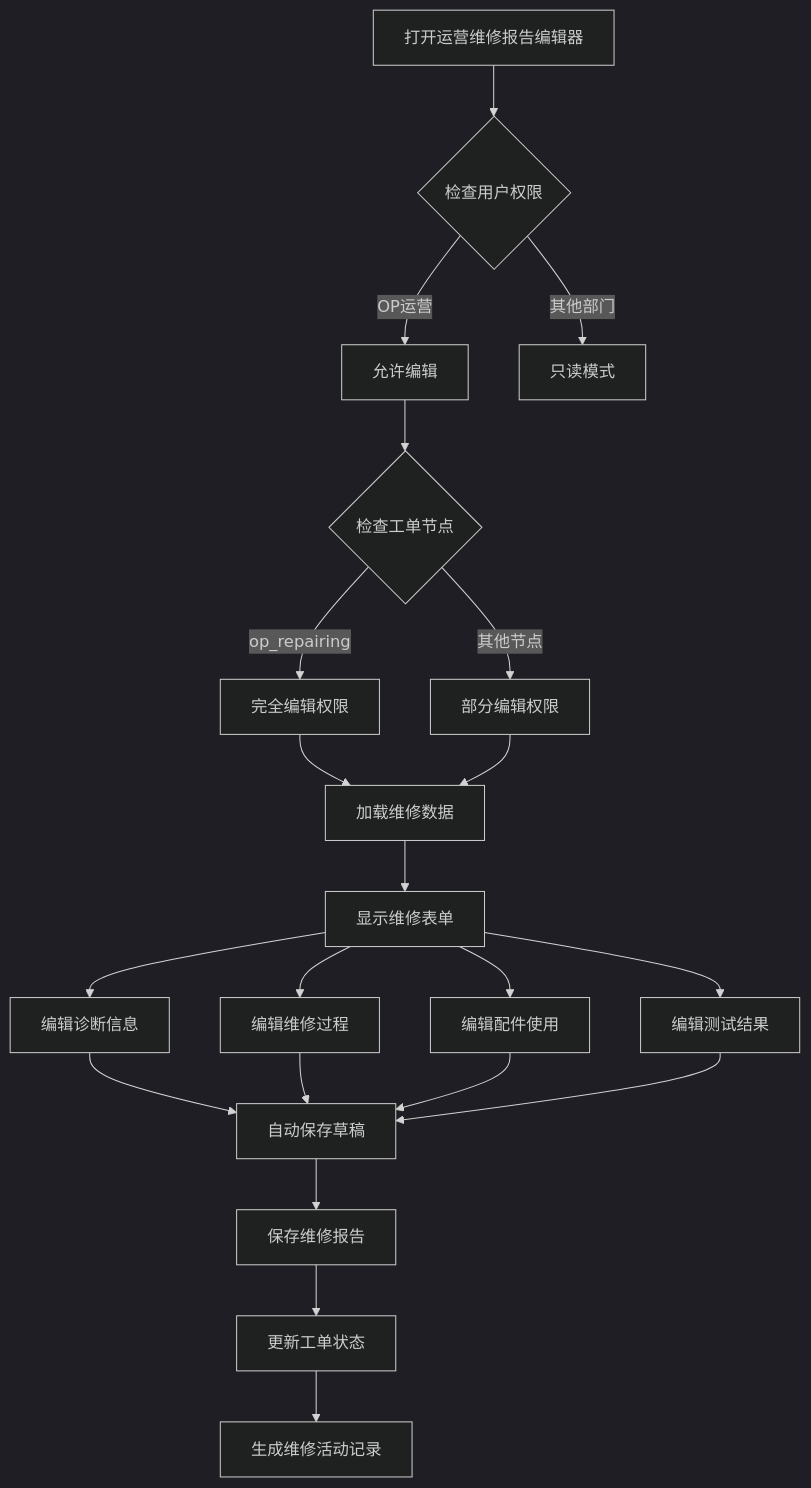
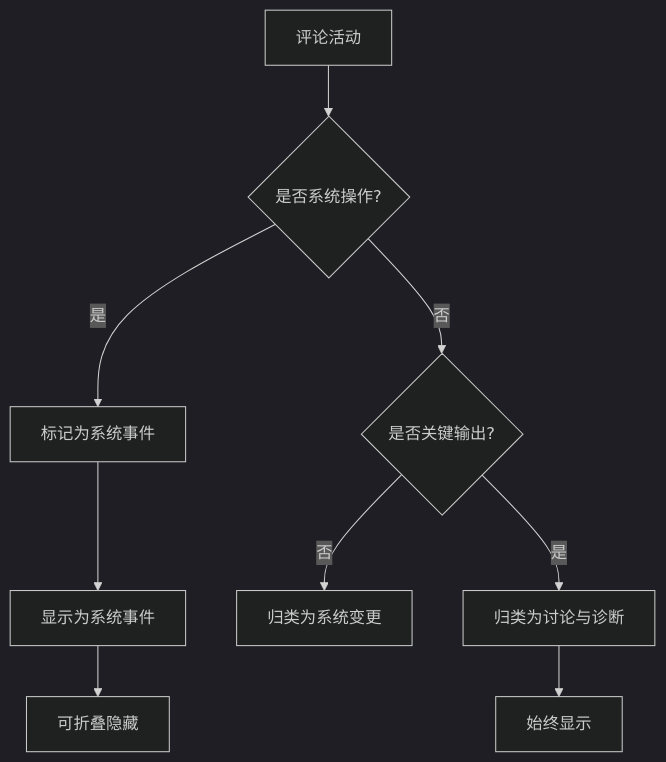
Diagram 24 of 27 in .qoder/repowiki/zh/content/前端组件架构/服务工作流增强/服务工作流增强.md (CubeEdge/Longhorn), drawn with Mermaid (dark theme) before and after one commit. The commit also changed other lines of this file and 26 other files, not shown here.

````diff
--- a/.qoder/repowiki/zh/content/前端组件架构/服务工作流增强/服务工作流增强.md
+++ b/.qoder/repowiki/zh/content/前端组件架构/服务工作流增强/服务工作流增强.md
@@ -1061,23 +1129,11 @@
 ```mermaid
 flowchart TD
-A[打开运营维修报告编辑器] --> B{检查用户权限}
-B --> |OP运营| C[允许编辑]
-B --> |其他部门| D[只读模式]
-C --> E{检查工单节点}
-E --> |op_repairing| F[完全编辑权限]
-E --> |其他节点| G[部分编辑权限]
-F --> H[加载维修数据]
-G --> H
-H --> I[显示维修表单]
-I --> J[编辑诊断信息]
-I --> K[编辑维修过程]
-I --> L[编辑配件使用]
-I --> M[编辑测试结果]
-J --> N[自动保存草稿]
-K --> N
-L --> N
-M --> N
-N --> O[保存维修报告]
-O --> P[更新工单状态]
-P --> Q[生成维修活动记录]
+A[评论活动] --> B{是否系统操作?}
+B --> |是| C[标记为系统事件]
+B --> |否| D{是否关键输出?}
+D --> |是| E[归类为讨论与诊断]
+D --> |否| F[归类为系统变更]
+E --> G[始终显示]
+C --> H[显示为系统事件]
+H --> I[可折叠隐藏]
 ```
````
